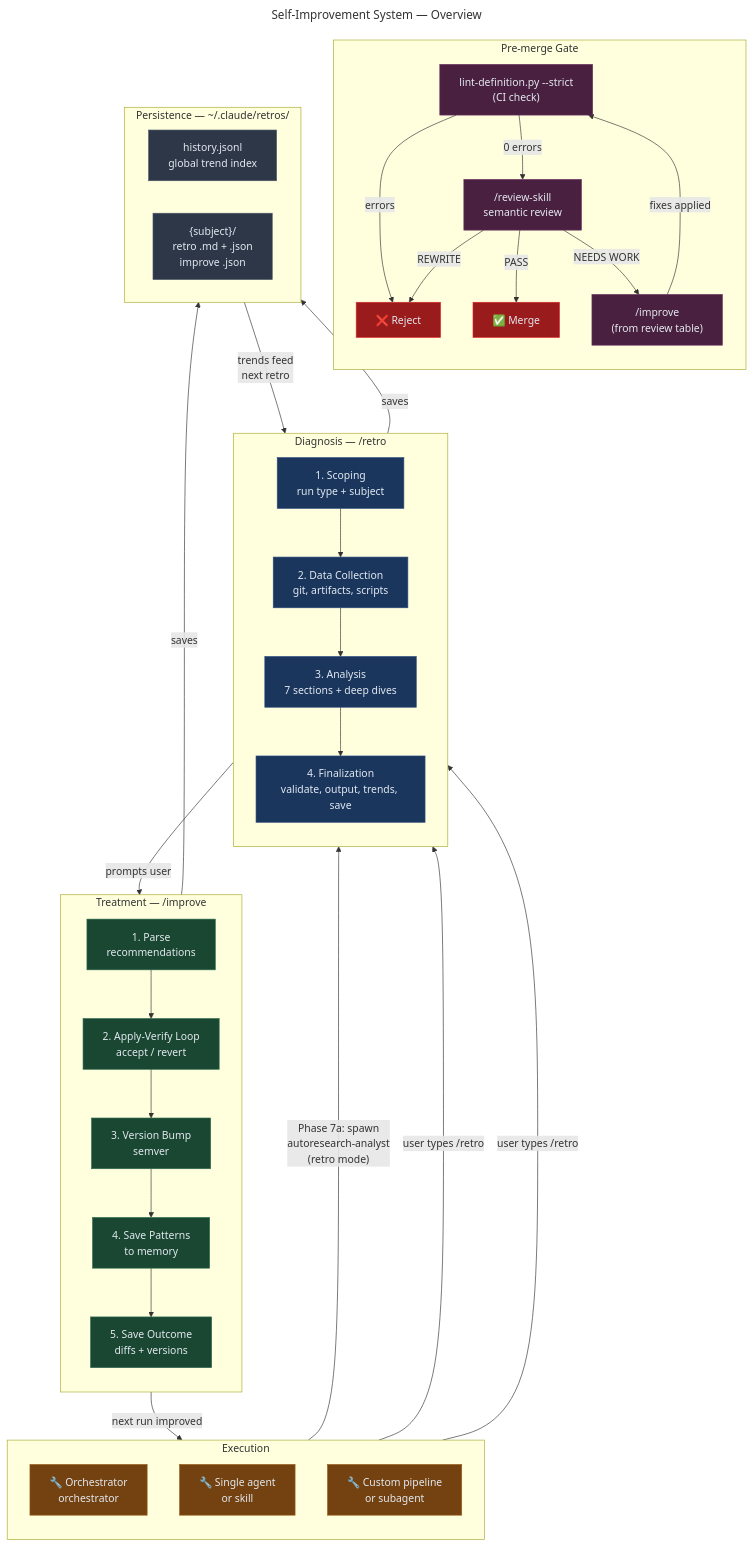
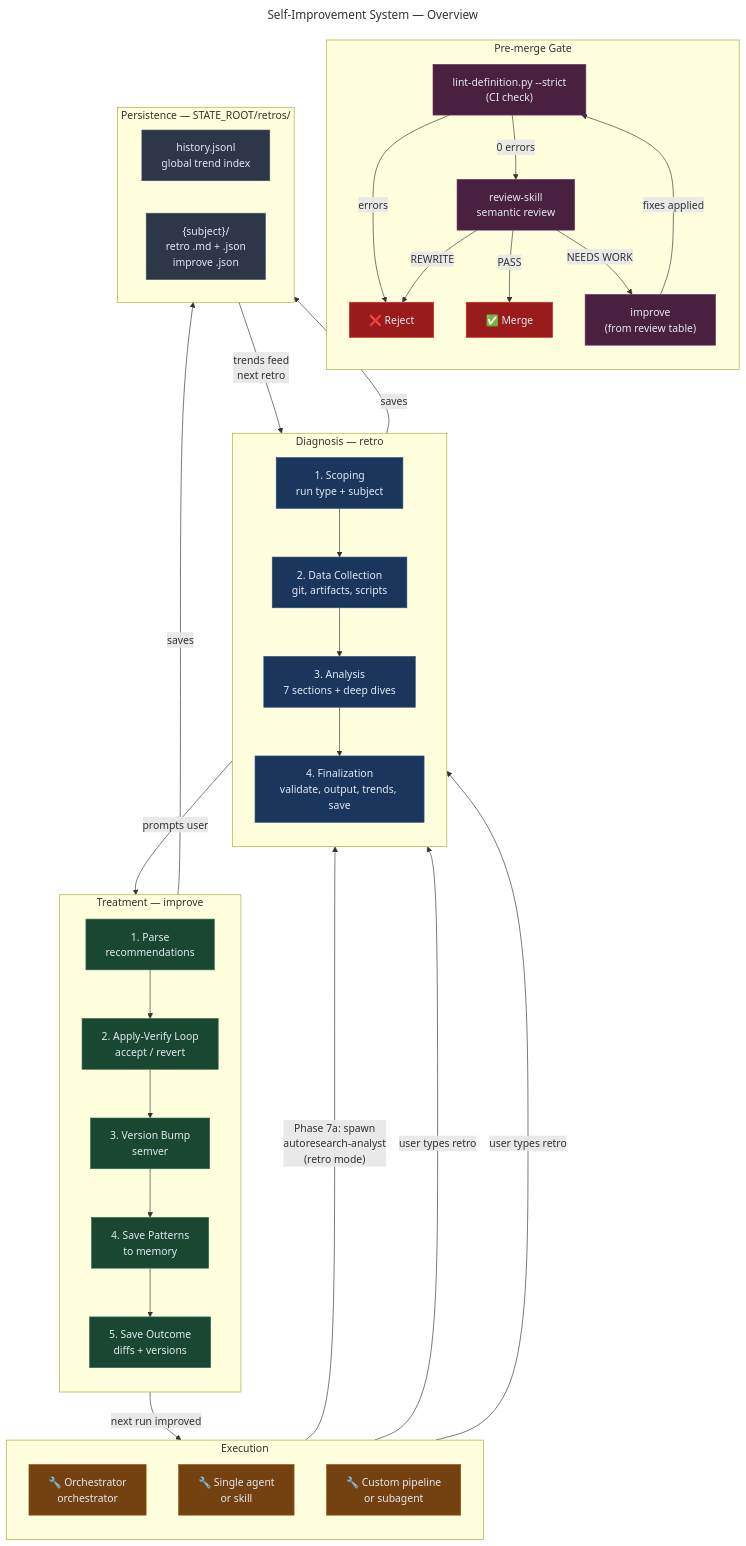
One commit to bmjcoding/agent-toolkit changed the diagram in skills/retro/references/system-overview.mmd. Above: the diagram before and after it, drawn with Mermaid. The commit also changed 470 other files, not shown here.

```diff
--- a/skills/retro/references/system-overview.mmd
+++ b/skills/retro/references/system-overview.mmd
@@ -1,72 +1,72 @@
 ---
 title: Self-Improvement System — Overview
 ---
 graph TB
     subgraph PRE["Pre-merge Gate"]
         direction TB
         CI["lint-definition.py --strict<br/>(CI check)"]
-        RS["/review-skill<br/>semantic review"]
+        RS["review-skill<br/>semantic review"]
         CI -->|"0 errors"| RS
         CI -->|"errors"| REJECT["❌ Reject"]
         RS -->|"PASS"| MERGE["✅ Merge"]
-        RS -->|"NEEDS WORK"| IMP_NW["/improve<br/>(from review table)"]
+        RS -->|"NEEDS WORK"| IMP_NW["improve<br/>(from review table)"]
         RS -->|"REWRITE"| REJECT
         IMP_NW -->|"fixes applied"| CI
     end
 
     subgraph EXEC["Execution"]
         direction TB
         FRANK["🔧 Orchestrator<br/>orchestrator"]
         SINGLE["🔧 Single agent<br/>or skill"]
         OTHER["🔧 Custom pipeline<br/>or subagent"]
     end
 
-    subgraph DIAG["Diagnosis — /retro"]
+    subgraph DIAG["Diagnosis — retro"]
         direction TB
         SCOPE["1. Scoping<br/>run type + subject"]
         DATA["2. Data Collection<br/>git, artifacts, scripts"]
         ANALYSIS["3. Analysis<br/>7 sections + deep dives"]
         FINAL["4. Finalization<br/>validate, output, trends, save"]
         SCOPE --> DATA --> ANALYSIS --> FINAL
     end
 
-    subgraph TREAT["Treatment — /improve"]
+    subgraph TREAT["Treatment — improve"]
         direction TB
         PARSE["1. Parse<br/>recommendations"]
         LOOP["2. Apply-Verify Loop<br/>accept / revert"]
         VER["3. Version Bump<br/>semver"]
         PAT["4. Save Patterns<br/>to memory"]
         SAVE_I["5. Save Outcome<br/>diffs + versions"]
         PARSE --> LOOP --> VER --> PAT --> SAVE_I
     end
 
-    subgraph STORE["Persistence — ~/.claude/retros/"]
+    subgraph STORE["Persistence — STATE_ROOT/retros/"]
         direction LR
         HIST["history.jsonl<br/>global trend index"]
         SUBDIR["{subject}/<br/>retro .md + .json<br/>improve .json"]
     end
 
     FRANK -->|"Phase 7a: spawn<br/>autoresearch-analyst<br/>(retro mode)"| DIAG
-    SINGLE -->|"user types /retro"| DIAG
-    OTHER -->|"user types /retro"| DIAG
+    SINGLE -->|"user types retro"| DIAG
+    OTHER -->|"user types retro"| DIAG
 
     DIAG -->|"saves"| STORE
     DIAG -->|"prompts user"| TREAT
     TREAT -->|"saves"| STORE
 
     TREAT -->|"next run improved"| EXEC
     STORE -->|"trends feed<br/>next retro"| DIAG
 
     classDef gate fill:#4a2040,stroke:#6b3060,color:#e2e8f0
     classDef exec fill:#744210,stroke:#975a16,color:#e2e8f0
     classDef diag fill:#1a365d,stroke:#2a4a7f,color:#e2e8f0
     classDef treat fill:#1a4731,stroke:#2d6a4f,color:#e2e8f0
     classDef store fill:#2d3748,stroke:#4a5568,color:#e2e8f0
     classDef action fill:#991b1b,stroke:#dc2626,color:#e2e8f0
 
     class CI,RS,IMP_NW gate
     class FRANK,SINGLE,OTHER exec
     class SCOPE,DATA,ANALYSIS,FINAL diag
     class PARSE,LOOP,VER,PAT,SAVE_I treat
     class HIST,SUBDIR store
     class MERGE,REJECT action
```
